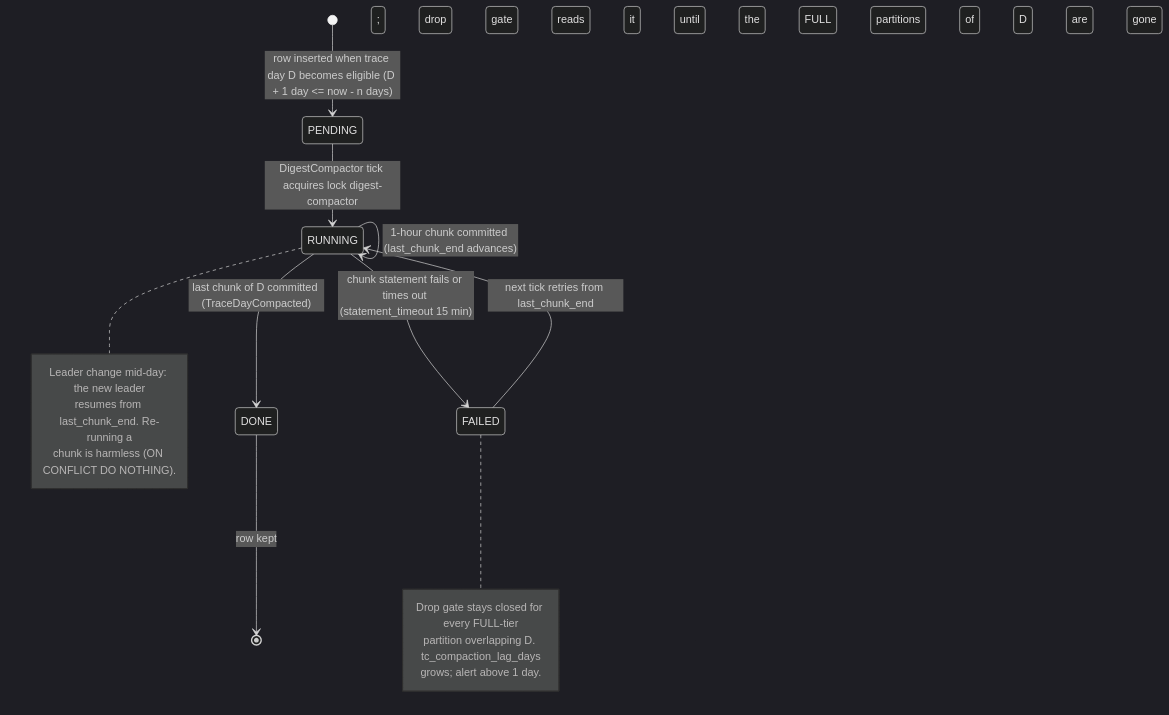
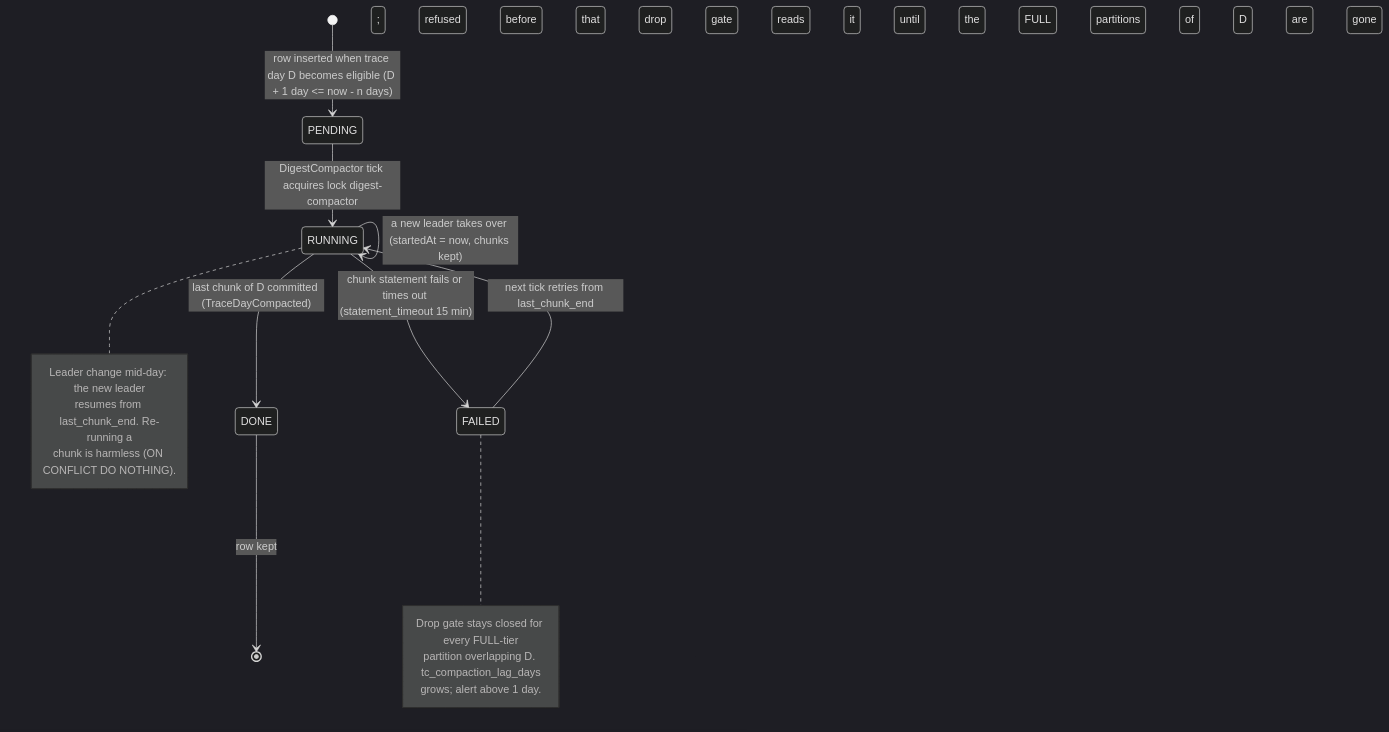
One commit to aasmc/tracing-system changed the eighth of 9 diagrams in agent/05-domain-model.md. Above: the diagram before and after it, drawn with Mermaid (dark theme). The commit also changed other lines of this file and 122 other files, not shown here.

````diff
--- a/agent/05-domain-model.md
+++ b/agent/05-domain-model.md
@@ -2147,20 +2035,21 @@
 ```mermaid
 stateDiagram-v2
     [*] --> PENDING : row inserted when trace day D becomes eligible (D + 1 day <= now - n days)
     PENDING --> RUNNING : DigestCompactor tick acquires lock digest-compactor
     RUNNING --> RUNNING : 1-hour chunk committed (last_chunk_end advances)
-    RUNNING --> DONE : last chunk of D committed (TraceDayCompacted)
+    RUNNING --> RUNNING : a new leader takes over (startedAt = now, chunks kept)
+    RUNNING --> DONE : last chunk of D committed (TraceDayCompacted); refused before that
     RUNNING --> FAILED : chunk statement fails or times out (statement_timeout 15 min)
     FAILED --> RUNNING : next tick retries from last_chunk_end
     DONE --> [*] : row kept; drop gate reads it until the FULL partitions of D are gone
     note right of RUNNING
         Leader change mid-day: the new leader
         resumes from last_chunk_end. Re-running a
         chunk is harmless (ON CONFLICT DO NOTHING).
     end note
     note right of FAILED
         Drop gate stays closed for every FULL-tier
         partition overlapping D. tc_compaction_lag_days
         grows; alert above 1 day.
     end note
 ```
````
